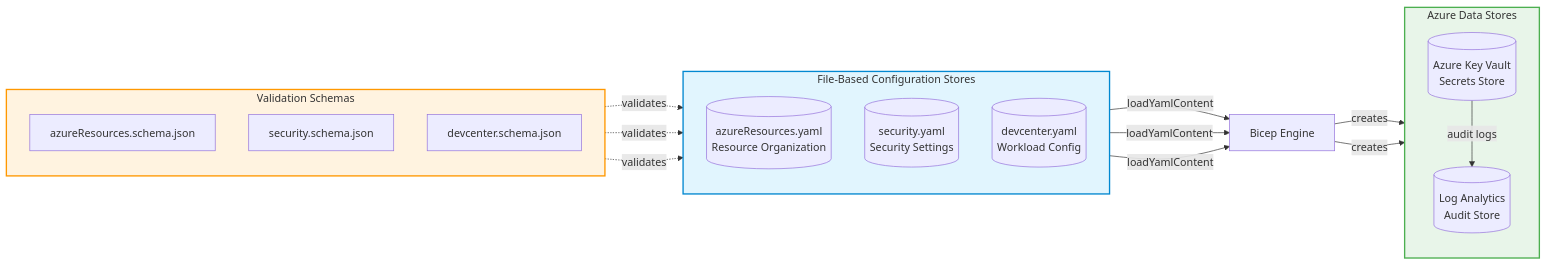
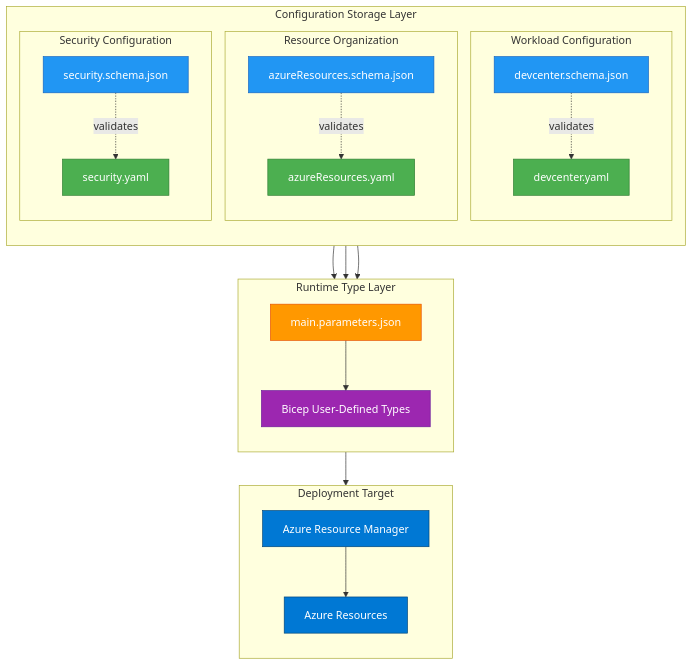
Before and after one commit to Evilazaro/DevExp-DevBox: the second of 4 diagrams in docs/architecture/data.md, drawn with Mermaid. The commit also changed other lines of this file, not shown here.

Commit message:
Implement feature X to enhance user experience and optimize performance

````diff
--- a/docs/architecture/data.md
+++ b/docs/architecture/data.md
@@ -283,38 +216,51 @@
 ```mermaid
-flowchart LR
-    subgraph FileSystem["File-Based Configuration Stores"]
+flowchart TB
+    subgraph "Configuration Storage Layer"
         direction TB
-        RO[("azureResources.yaml<br/>Resource Organization")]
-        SEC[("security.yaml<br/>Security Settings")]
-        WL[("devcenter.yaml<br/>Workload Config")]
+
+        subgraph "Resource Organization"
+            RO_YAML["azureResources.yaml"]:::config
+            RO_SCHEMA["azureResources.schema.json"]:::schema
+        end
+
+        subgraph "Workload Configuration"
+            WL_YAML["devcenter.yaml"]:::config
+            WL_SCHEMA["devcenter.schema.json"]:::schema
+        end
+
+        subgraph "Security Configuration"
+            SEC_YAML["security.yaml"]:::config
+            SEC_SCHEMA["security.schema.json"]:::schema
+        end
     end
 
-    subgraph Azure["Azure Data Stores"]
+    subgraph "Runtime Type Layer"
         direction TB
-        KV[("Azure Key Vault<br/>Secrets Store")]
-        LA[("Log Analytics<br/>Audit Store")]
+        BICEP_TYPES["Bicep User-Defined Types"]:::types
+        PARAMS["main.parameters.json"]:::params
     end
 
-    subgraph Schemas["Validation Schemas"]
+    subgraph "Deployment Target"
         direction TB
-        S1["azureResources.schema.json"]
-        S2["security.schema.json"]
-        S3["devcenter.schema.json"]
+        ARM["Azure Resource Manager"]:::azure
+        RESOURCES["Azure Resources"]:::azure
     end
 
-    S1 -.->|validates| RO
-    S2 -.->|validates| SEC
-    S3 -.->|validates| WL
+    RO_SCHEMA -.->|validates| RO_YAML
+    WL_SCHEMA -.->|validates| WL_YAML
+    SEC_SCHEMA -.->|validates| SEC_YAML
 
-    RO -->|loadYamlContent| BICEP["Bicep Engine"]
-    SEC -->|loadYamlContent| BICEP
-    WL -->|loadYamlContent| BICEP
+    RO_YAML --> BICEP_TYPES
+    WL_YAML --> BICEP_TYPES
+    SEC_YAML --> BICEP_TYPES
+    PARAMS --> BICEP_TYPES
 
-    BICEP -->|creates| KV
-    BICEP -->|creates| LA
-    KV -->|audit logs| LA
+    BICEP_TYPES --> ARM
+    ARM --> RESOURCES
 
-    style FileSystem fill:#e1f5fe,stroke:#0288d1,stroke-width:2px
-    style Azure fill:#e8f5e9,stroke:#4caf50,stroke-width:2px
-    style Schemas fill:#fff3e0,stroke:#ff9800,stroke-width:2px
+    classDef config fill:#4CAF50,stroke:#2E7D32,color:#fff
+    classDef schema fill:#2196F3,stroke:#1565C0,color:#fff
+    classDef types fill:#9C27B0,stroke:#6A1B9A,color:#fff
+    classDef params fill:#FF9800,stroke:#E65100,color:#fff
+    classDef azure fill:#0078D4,stroke:#004578,color:#fff
 ```
````
